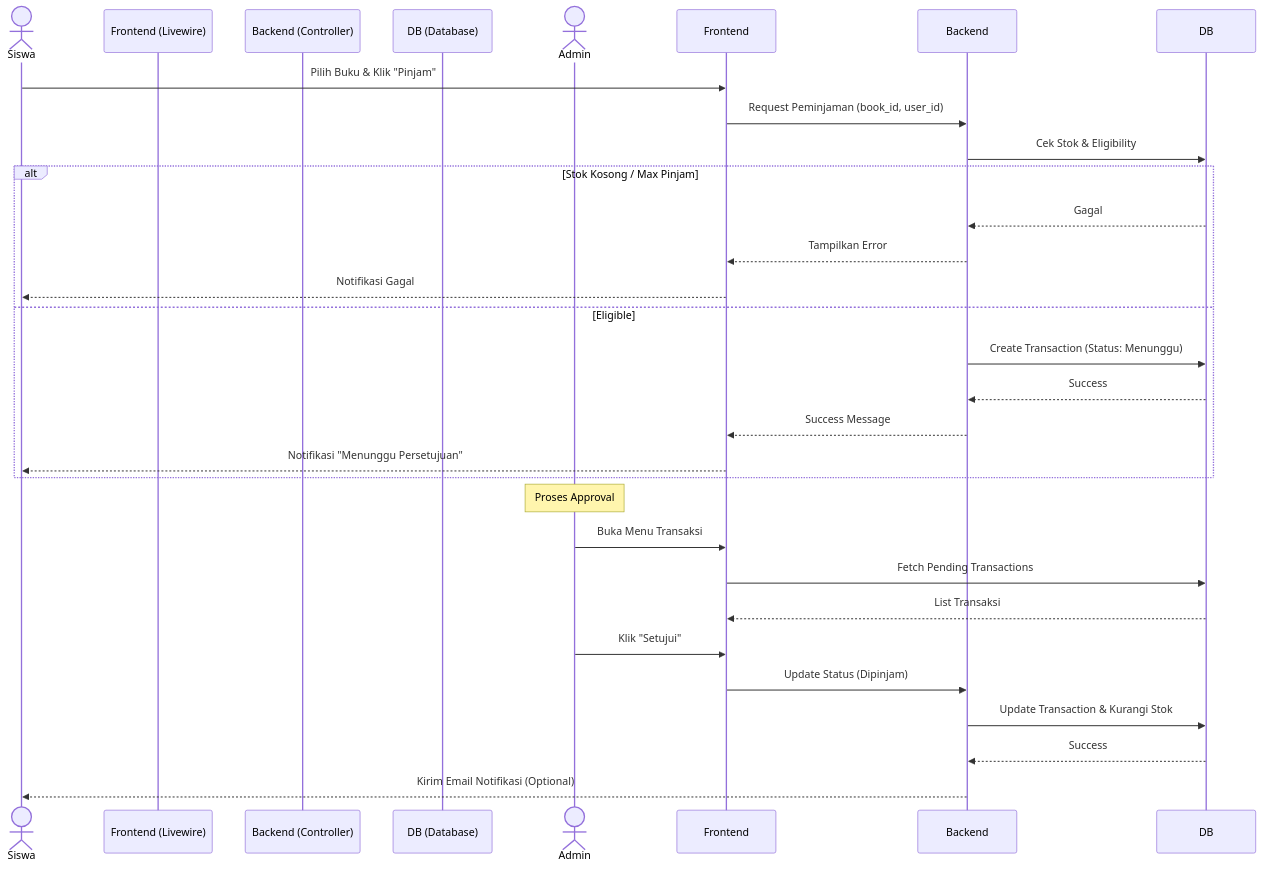
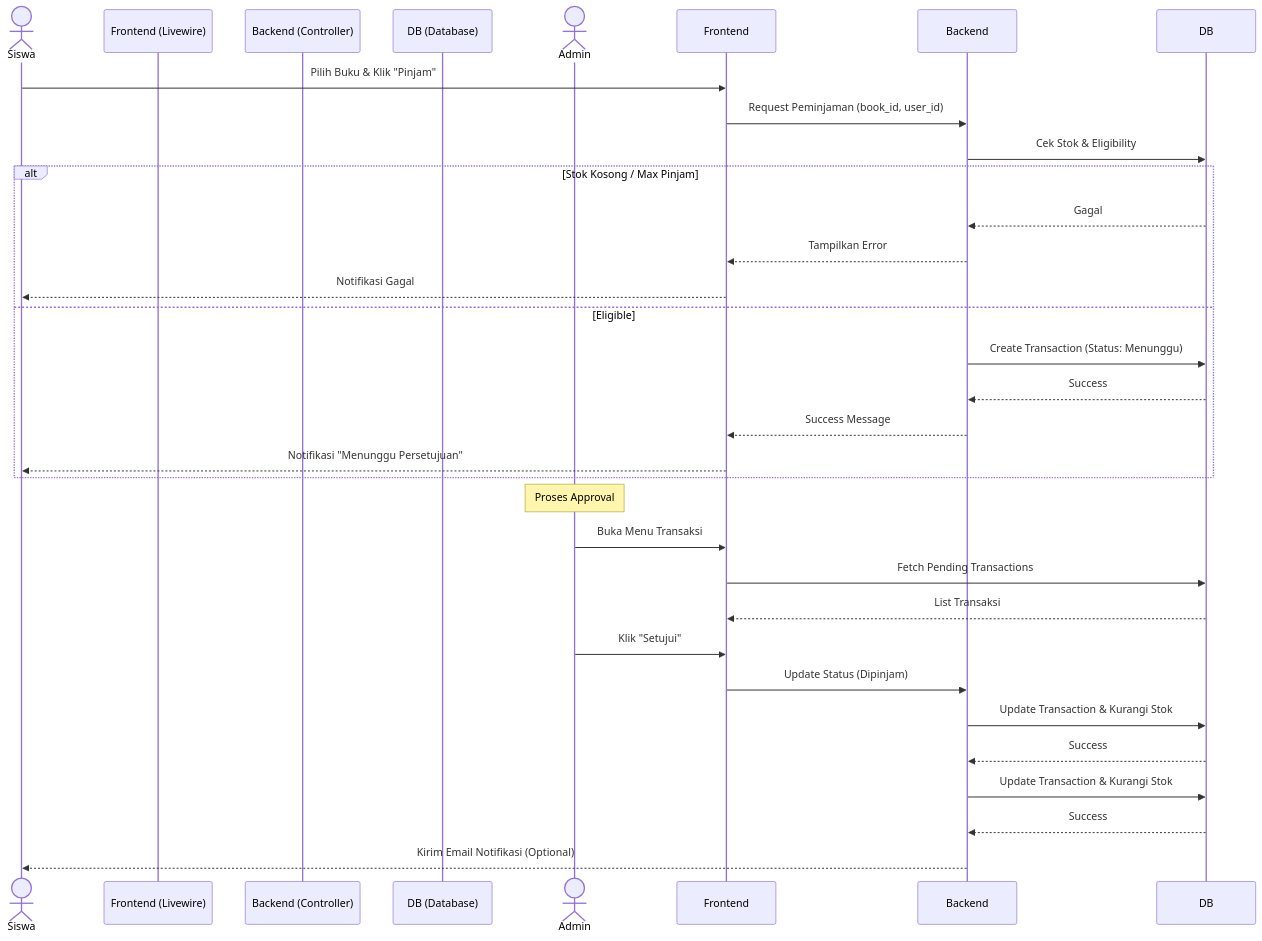
Before and after one commit to devWebs01/Filament-Perpus: the fourth of 5 diagrams in docs/technical.md, drawn with Mermaid. The commit also changed other lines of this file, not shown here.

Commit message:
docs: add ER and class diagrams to technical documentation

````diff
--- a/docs/technical.md
+++ b/docs/technical.md
@@ -219,33 +219,35 @@
 ```mermaid
 sequenceDiagram
     actor Siswa
     participant Frontend (Livewire)
     participant Backend (Controller)
     participant DB (Database)
     actor Admin
 
     Siswa->>Frontend: Pilih Buku & Klik "Pinjam"
     Frontend->>Backend: Request Peminjaman (book_id, user_id)
     Backend->>DB: Cek Stok & Eligibility
     alt Stok Kosong / Max Pinjam
         DB-->>Backend: Gagal
         Backend-->>Frontend: Tampilkan Error
         Frontend-->>Siswa: Notifikasi Gagal
     else Eligible
         Backend->>DB: Create Transaction (Status: Menunggu)
         DB-->>Backend: Success
         Backend-->>Frontend: Success Message
         Frontend-->>Siswa: Notifikasi "Menunggu Persetujuan"
     end
 
     Note over Admin: Proses Approval
 
     Admin->>Frontend: Buka Menu Transaksi
     Frontend->>DB: Fetch Pending Transactions
     DB-->>Frontend: List Transaksi
     Admin->>Frontend: Klik "Setujui"
     Frontend->>Backend: Update Status (Dipinjam)
     Backend->>DB: Update Transaction & Kurangi Stok
     DB-->>Backend: Success
+    Backend->>DB: Update Transaction & Kurangi Stok
+    DB-->>Backend: Success
     Backend-->>Siswa: Kirim Email Notifikasi (Optional)
 ```
````
